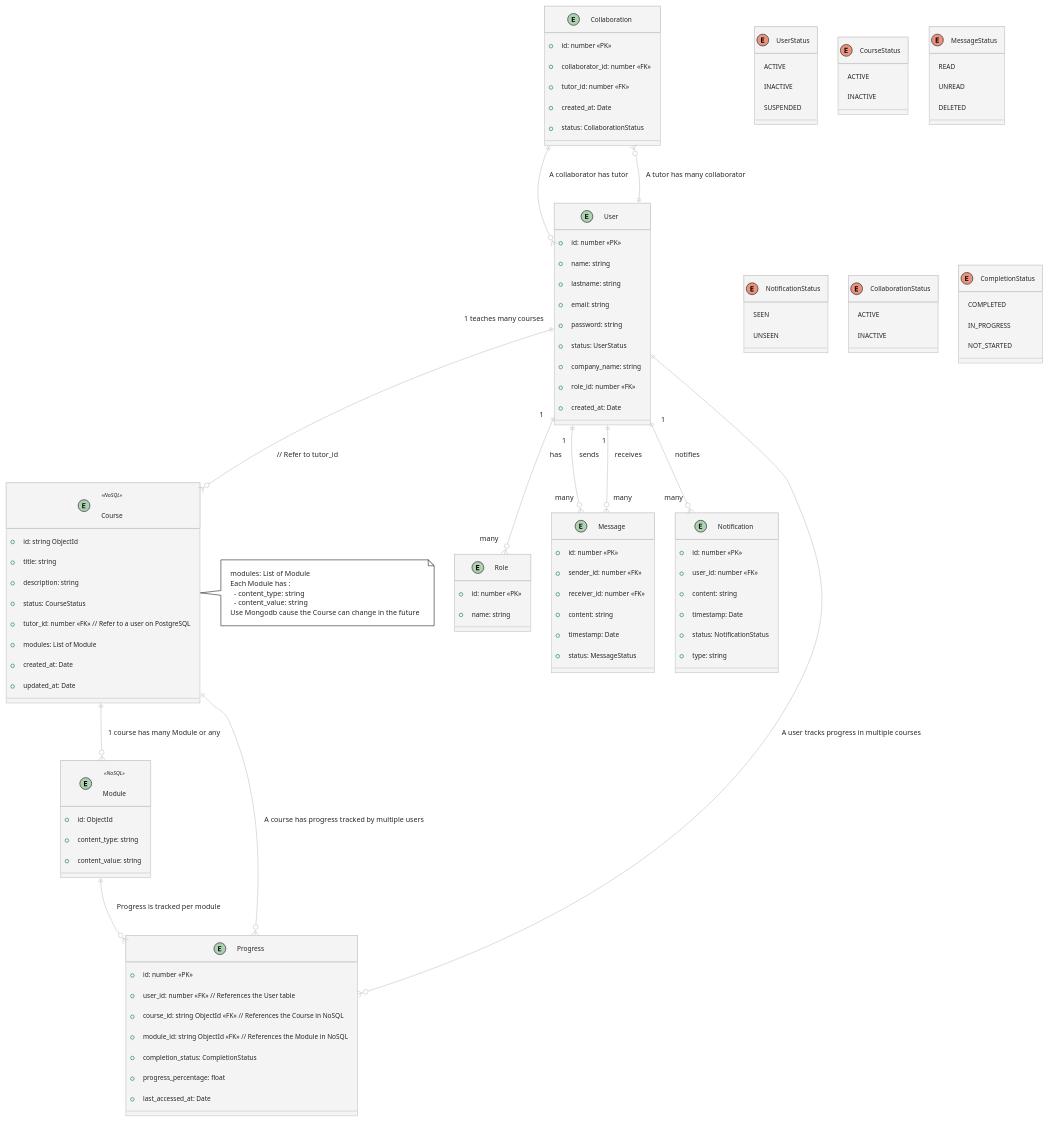
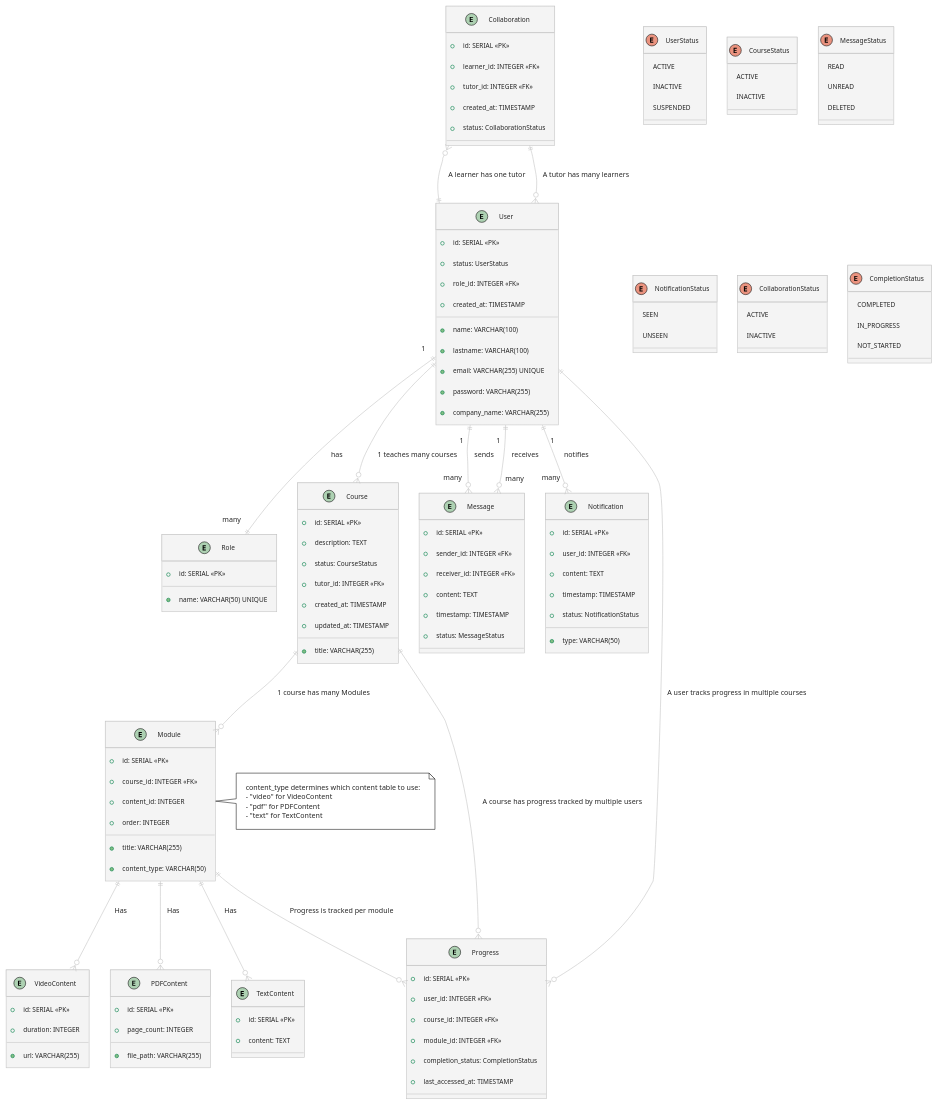
Before and after one commit to Davidben75/Elearn_api: the diagram in UML/entity_relation_diagram.pu, drawn with PlantUML. The commit also changed 1 other file, not shown here.

Commit message:
update diagramm class and ERD

```diff
--- a/UML/entity_relation_diagram.pu
+++ b/UML/entity_relation_diagram.pu
@@ -1,130 +1,151 @@
-@startuml "entity relation SQL + NoSQL"
+@startuml "Optimized PostgreSQL Schema with Content Type Association"
 !theme carbon-gray
 
 entity User {
-  +id: number <<PK>>
-  +name: string
-  +lastname: string
-  +email: string
-  +password: string
+  +id: SERIAL <<PK>>
+  +name: VARCHAR(100)
+  +lastname: VARCHAR(100)
+  +email: VARCHAR(255) UNIQUE
+  +password: VARCHAR(255)
   +status: UserStatus
-  +company_name: string
-  +role_id: number <<FK>>
-  +created_at: Date
+  +company_name: VARCHAR(255)
+  +role_id: INTEGER <<FK>>
+  +created_at: TIMESTAMP
 }
 
 entity Role {
-  +id: number <<PK>>
-  +name: string
+  +id: SERIAL <<PK>>
+  +name: VARCHAR(50) UNIQUE
 }
 
-entity Course <<NoSQL>> {
-  +id: string ObjectId
-  +title: string
-  +description: string
+entity Course {
+  +id: SERIAL <<PK>>
+  +title: VARCHAR(255)
+  +description: TEXT
   +status: CourseStatus
-  +tutor_id: number <<FK>> // Refer to a user on PostgreSQL
-  +modules: List of Module
-  +created_at: Date
-  +updated_at: Date
+  +tutor_id: INTEGER <<FK>>
+  +created_at: TIMESTAMP
+  +updated_at: TIMESTAMP
 }
 
-entity Module <<NoSQL>> {
-  +id: ObjectId
-  +content_type: string
-  +content_value: string
+entity Module {
+  +id: SERIAL <<PK>>
+  +course_id: INTEGER <<FK>>
+  +title: VARCHAR(255)
+  +content_type: VARCHAR(50)
+  +content_id: INTEGER
+  +order: INTEGER
+}
+
+entity VideoContent {
+  +id: SERIAL <<PK>>
+  +url: VARCHAR(255)
+  +duration: INTEGER
+}
+
+entity PDFContent {
+  +id: SERIAL <<PK>>
+  +file_path: VARCHAR(255)
+  +page_count: INTEGER
+}
+
+entity TextContent {
+  +id: SERIAL <<PK>>
+  +content: TEXT
 }
 
 entity Message {
-  +id: number <<PK>>
-  +sender_id: number <<FK>>
-  +receiver_id: number <<FK>>
-  +content: string
-  +timestamp: Date
+  +id: SERIAL <<PK>>
+  +sender_id: INTEGER <<FK>>
+  +receiver_id: INTEGER <<FK>>
+  +content: TEXT
+  +timestamp: TIMESTAMP
   +status: MessageStatus
 }
 
 entity Notification {
-  +id: number <<PK>>
-  +user_id: number <<FK>>
-  +content: string
-  +timestamp: Date
+  +id: SERIAL <<PK>>
+  +user_id: INTEGER <<FK>>
+  +content: TEXT
+  +timestamp: TIMESTAMP
   +status: NotificationStatus
-  +type: string
+  +type: VARCHAR(50)
 }
 
 entity Collaboration {
-  +id: number <<PK>>
-  +collaborator_id: number <<FK>>
-  +tutor_id: number <<FK>>
-  +created_at: Date
+  +id: SERIAL <<PK>>
+  +learner_id: INTEGER <<FK>>
+  +tutor_id: INTEGER <<FK>>
+  +created_at: TIMESTAMP
   +status: CollaborationStatus
 }
 
 entity Progress {
-  +id: number <<PK>>
-  +user_id: number <<FK>> // References the User table
-  +course_id: string ObjectId <<FK>> // References the Course in NoSQL
-  +module_id: string ObjectId <<FK>> // References the Module in NoSQL
+  +id: SERIAL <<PK>>
+  +user_id: INTEGER <<FK>>
+  +course_id: INTEGER <<FK>>
+  +module_id: INTEGER <<FK>>
   +completion_status: CompletionStatus
-  +progress_percentage: float 
-  +last_accessed_at: Date 
+  +last_accessed_at: TIMESTAMP 
 }
 
 enum UserStatus {
   ACTIVE
   INACTIVE
   SUSPENDED
 }
 
 enum CourseStatus {
   ACTIVE
   INACTIVE
 }
 
 enum MessageStatus {
   READ
   UNREAD
   DELETED
 }
 
 enum NotificationStatus {
   SEEN
   UNSEEN
 }
 
 enum CollaborationStatus {
   ACTIVE
   INACTIVE
 }
 
 enum CompletionStatus {
   COMPLETED
   IN_PROGRESS
   NOT_STARTED
 }
 
 User ||--o{ Progress : "A user tracks progress in multiple courses"
 Course ||--o{ Progress : "A course has progress tracked by multiple users"
 Module ||--o{ Progress : "Progress is tracked per module"
 
-note right of Course
-  modules: List of Module
-  Each Module has :
-    - content_type: string
-    - content_value: string
-  Use Mongodb cause the Course can change in the future
-end note
-
-User ||--o{ Role : "1" has "many"
+User ||--|| Role : "1" has "many"
 User ||--o{ Message : "1" sends "many"
 User ||--o{ Message : "1" receives "many"
 User ||--o{ Notification : "1" notifies "many"
-User ||--o{ Course : "1 teaches many courses" // Refer to tutor_id
+User ||--o{ Course : "1 teaches many courses"
 
-Course ||--o{ Module : "1 course has many Module or any" 
+Course ||--o{ Module : "1 course has many Modules" 
 
-Collaboration ||--o{ User : "A collaborator has tutor"
-Collaboration }o--|| User : "A tutor has many collaborator"
+Collaboration }o--|| User : "A learner has one tutor"
+Collaboration ||--o{ User : "A tutor has many learners"
+
+Module ||--o{ VideoContent : "Has"
+Module ||--o{ PDFContent : "Has"
+Module ||--o{ TextContent : "Has"
+
+note right of Module
+  content_type determines which content table to use:
+  - "video" for VideoContent
+  - "pdf" for PDFContent
+  - "text" for TextContent
+end note
 
 @enduml
```
